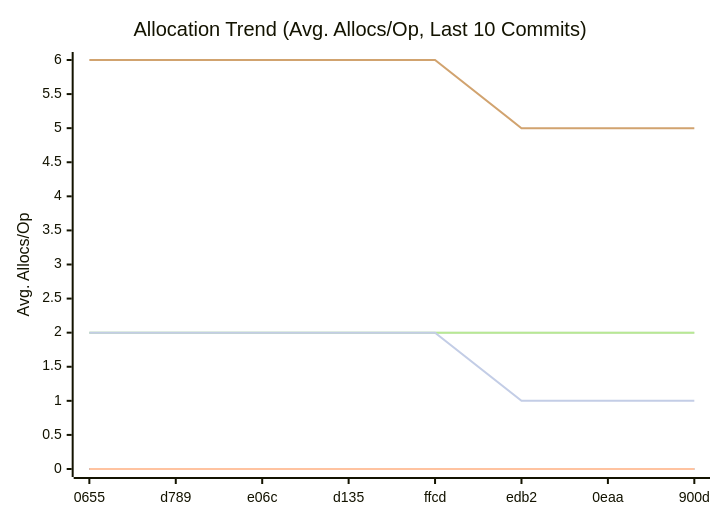
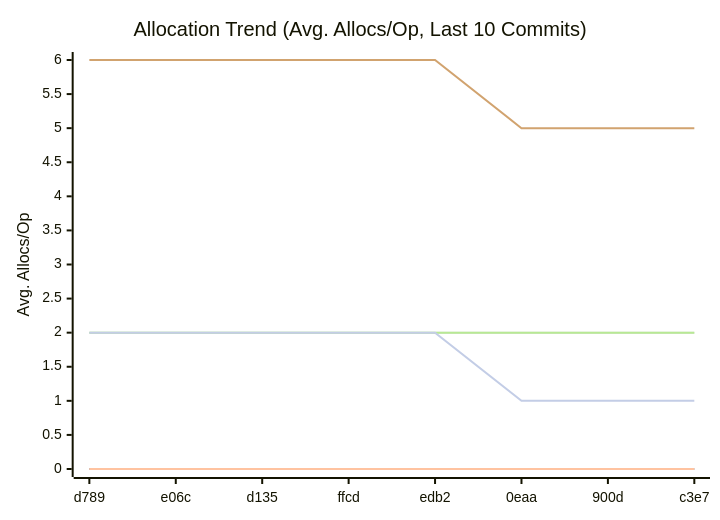
One commit to alsotoes/momo changed the third of 3 diagrams in docs/README.md. Above: the diagram before and after it, drawn with Mermaid. The commit also changed other lines of this file and 1 other file, not shown here.

````diff
--- a/docs/README.md
+++ b/docs/README.md
@@ -333,14 +333,14 @@
 ```mermaid
 xychart-beta
     title "Allocation Trend (Avg. Allocs/Op, Last 10 Commits)"
     x-axis "Commit"
     y-axis "Avg. Allocs/Op"
-    x-axis [0655,d789,e06c,d135,ffcd,edb2,0eaa,900d]
+    x-axis [d789,e06c,d135,ffcd,edb2,0eaa,900d,c3e7]
     line "CheckMetricsAndSwap" [0,0,0,0,0,0,0,0,0,0]
     line "IndexDirectTracking" [0,0,0,0,0,0,0,0,0,0]
     line "IndexSearch" [0,0,0,0,0,0,0,0,0,0]
     line "LoadGlobalConfig" [2,2,2,2,2,2,2,2,2,2]
     line "PadString" [2,2,2,2,2,2,2,2,2,2]
     line "ParseReplicationOrder_NoPrealloc" [6,6,6,6,6,5,5,5,5,5]
     line "ParseReplicationOrder_Prealloc" [2,2,2,2,2,1,1,1,1,1]
 ```
````
